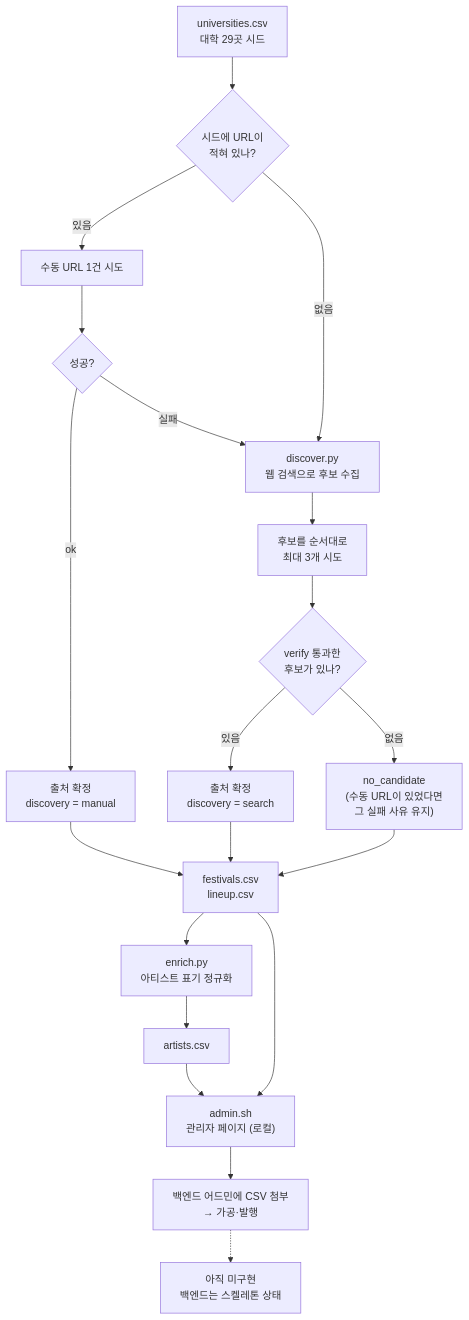
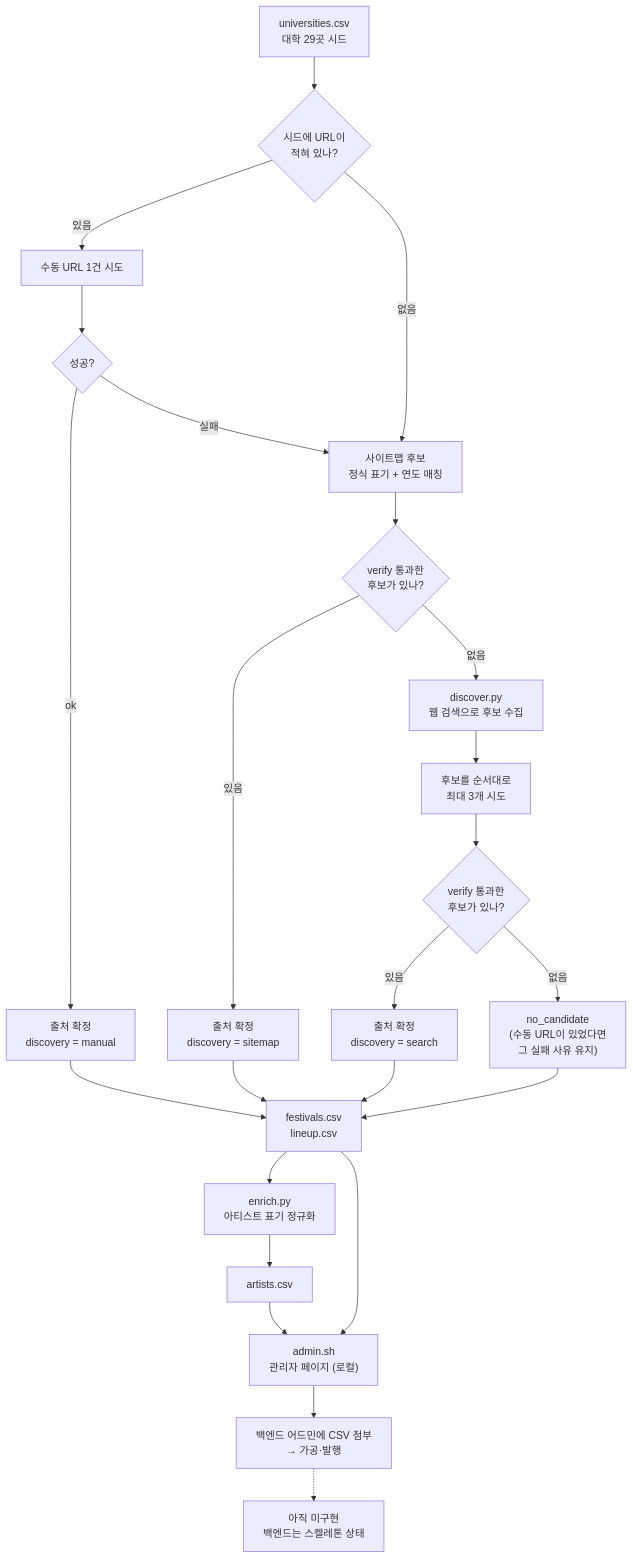
Before and after one commit to greedy-team/festa-crawler: the first of 4 diagrams in README.md, drawn with Mermaid. The commit also changed other lines of this file and 2 other files, not shown here.

````diff
--- a/README.md
+++ b/README.md
@@ -13,29 +13,34 @@
 ```mermaid
 flowchart TD
     seed["universities.csv<br/>대학 29곳 시드"] --> has{"시드에 URL이<br/>적혀 있나?"}
 
     has -->|"있음"| manual["수동 URL 1건 시도"]
-    has -->|"없음"| search
+    has -->|"없음"| sm
 
     manual --> mok{"성공?"}
     mok -->|"ok"| adopted["출처 확정<br/>discovery = manual"]
-    mok -->|"실패"| search["discover.py<br/>웹 검색으로 후보 수집"]
+    mok -->|"실패"| sm["사이트맵 후보<br/>정식 표기 + 연도 매칭"]
+
+    sm --> smok{"verify 통과한<br/>후보가 있나?"}
+    smok -->|"있음"| adoptedM["출처 확정<br/>discovery = sitemap"]
+    smok -->|"없음"| search["discover.py<br/>웹 검색으로 후보 수집"]
 
     search --> cand["후보를 순서대로<br/>최대 3개 시도"]
     cand --> cok{"verify 통과한<br/>후보가 있나?"}
     cok -->|"있음"| adoptedS["출처 확정<br/>discovery = search"]
     cok -->|"없음"| failed["no_candidate<br/>(수동 URL이 있었다면<br/>그 실패 사유 유지)"]
 
     adopted --> csv["festivals.csv<br/>lineup.csv"]
+    adoptedM --> csv
     adoptedS --> csv
     failed --> csv
 
     csv --> enrich["enrich.py<br/>아티스트 표기 정규화"]
     enrich --> artists["artists.csv"]
 
     csv --> review["admin.sh<br/>관리자 페이지 (로컬)"]
     artists --> review
     review --> admin["백엔드 어드민에 CSV 첨부<br/>→ 가공·발행"]
 
     admin -.-> note["아직 미구현<br/>백엔드는 스켈레톤 상태"]
 ```
````
